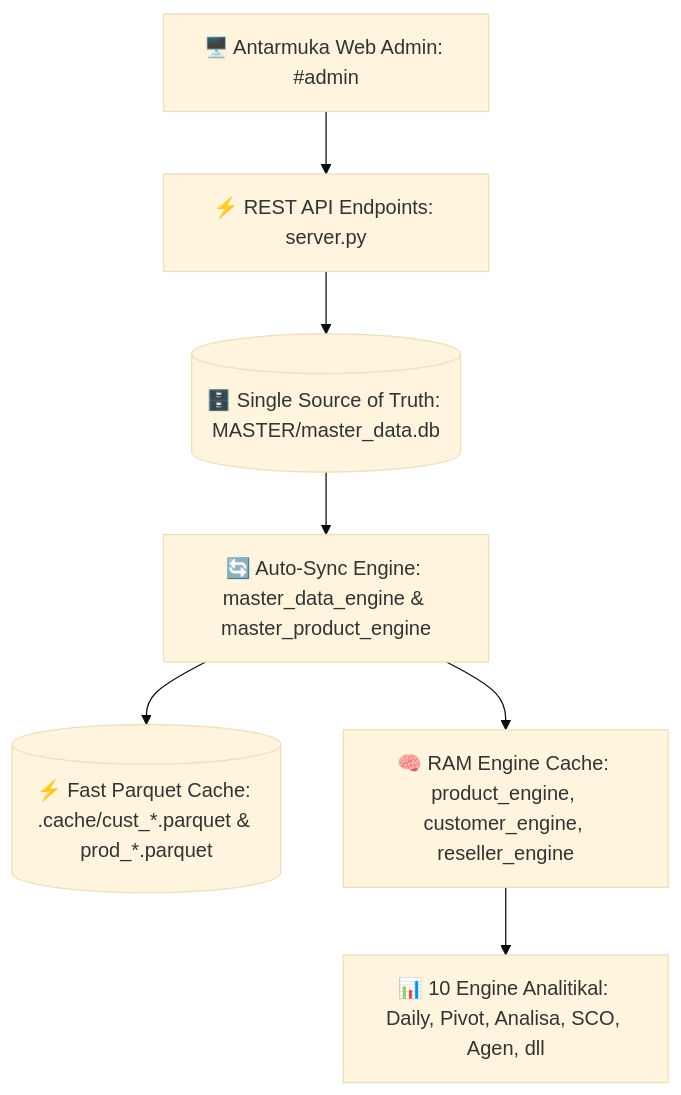
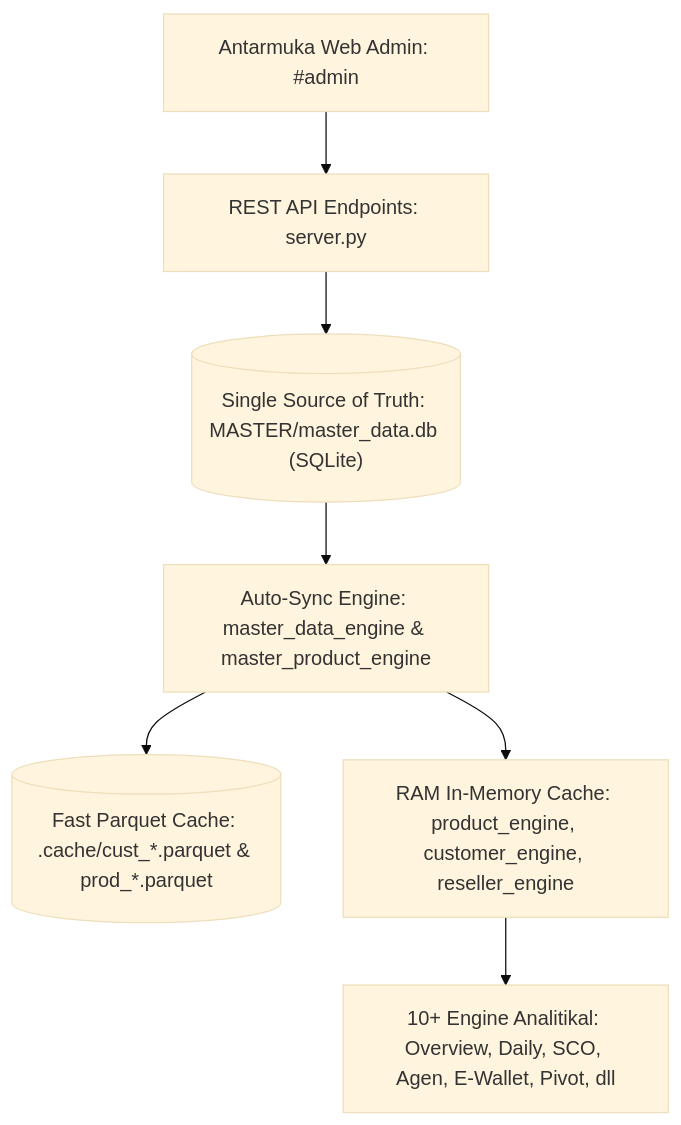
The diagram in admin data.md (depocell/web), drawn with Mermaid (base theme) before and after one commit. The commit also changed other lines of this file, not shown here.

Commit message:
docs(admin): update admin data.md to match current #yoy 6-tab architecture and twin uploaders

````diff
--- a/admin data.md
+++ b/admin data.md
@@ -29,9 +33,9 @@
 ```mermaid
 graph TD
-    UI[🖥️ Antarmuka Web Admin: #admin] --> API[⚡ REST API Endpoints: server.py]
-    API --> DB[(🗄️ Single Source of Truth: MASTER/master_data.db)]
-    DB --> SYNC[🔄 Auto-Sync Engine: master_data_engine & master_product_engine]
-    SYNC --> PQ[(⚡ Fast Parquet Cache: .cache/cust_*.parquet & prod_*.parquet)]
-    SYNC --> RAM[🧠 RAM Engine Cache: product_engine, customer_engine, reseller_engine]
-    RAM --> ENGINES[📊 10 Engine Analitikal: Daily, Pivot, Analisa, SCO, Agen, dll]
+    UI["Antarmuka Web Admin: #admin"] --> API["REST API Endpoints: server.py"]
+    API --> DB[("Single Source of Truth: MASTER/master_data.db (SQLite)")]
+    DB --> SYNC["Auto-Sync Engine: master_data_engine & master_product_engine"]
+    SYNC --> PQ[("Fast Parquet Cache: .cache/cust_*.parquet & prod_*.parquet")]
+    SYNC --> RAM["RAM In-Memory Cache: product_engine, customer_engine, reseller_engine"]
+    RAM --> ENGINES["10+ Engine Analitikal: Overview, Daily, SCO, Agen, E-Wallet, Pivot, dll"]
 ```
````
